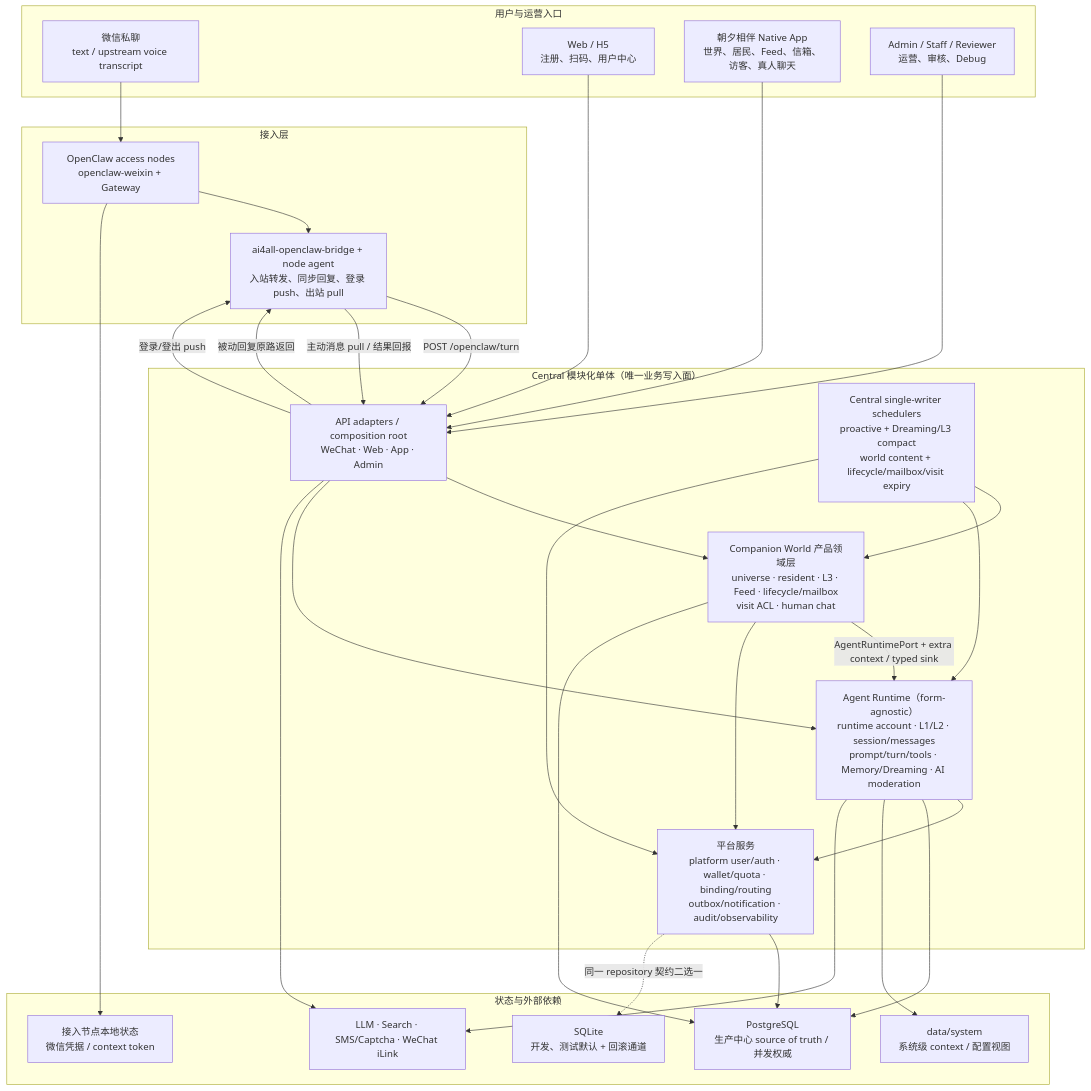
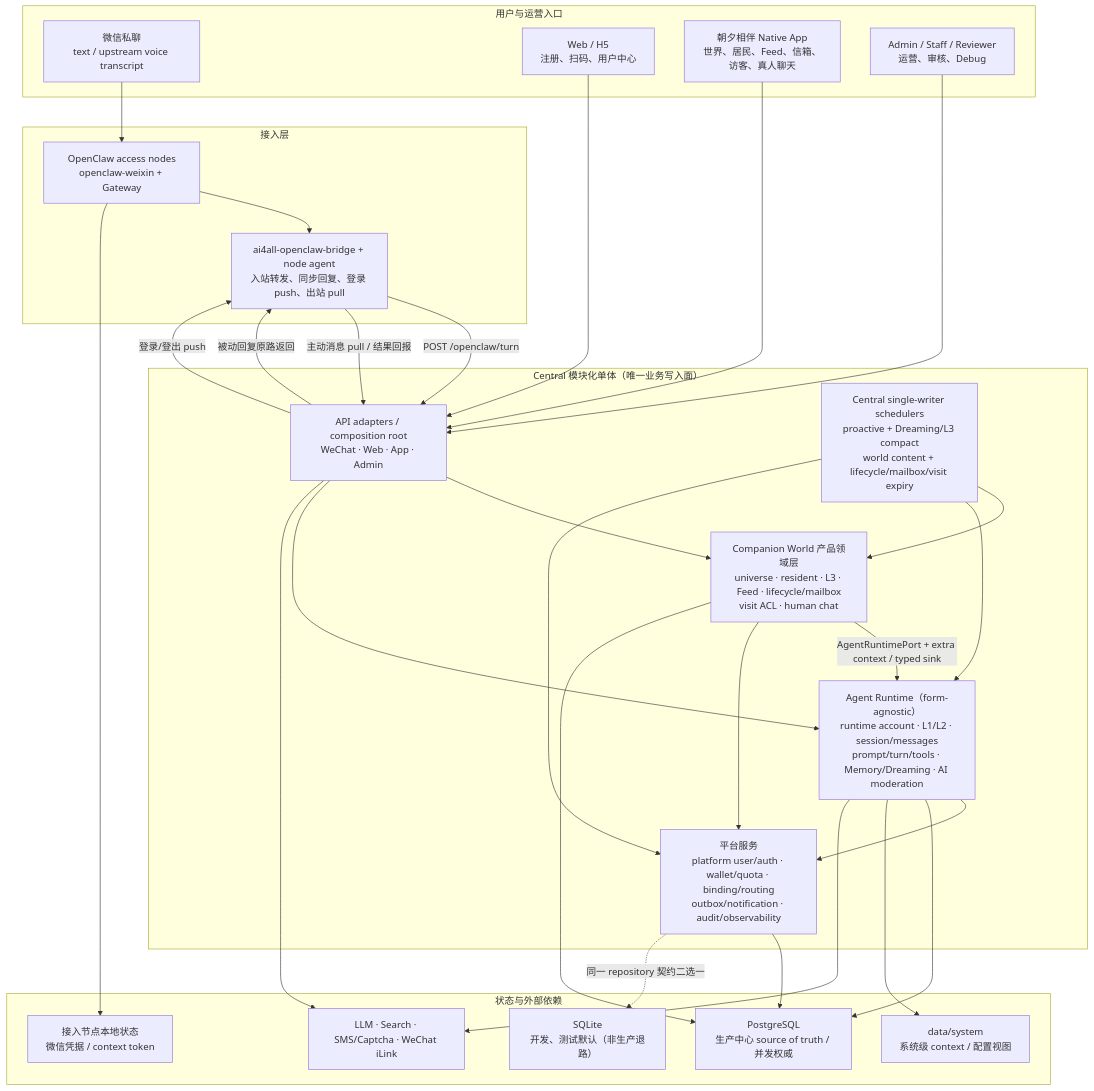
The diagram in docs/architecture/overview.md (zhuoranwu15-create/ai4all_bridge), drawn with Mermaid before and after one commit. The commit also changed 5 other files, not shown here.

````diff
--- a/docs/architecture/overview.md
+++ b/docs/architecture/overview.md
@@ -31,57 +31,57 @@
 ```mermaid
 flowchart TB
     subgraph clients["用户与运营入口"]
         wx["微信私聊<br/>text / upstream voice transcript"]
         web["Web / H5<br/>注册、扫码、用户中心"]
         native["朝夕相伴 Native App<br/>世界、居民、Feed、信箱、访客、真人聊天"]
         ops["Admin / Staff / Reviewer<br/>运营、审核、Debug"]
     end
 
     subgraph access["接入层"]
         openclaw["OpenClaw access nodes<br/>openclaw-weixin + Gateway"]
         bridge["ai4all-openclaw-bridge + node agent<br/>入站转发、同步回复、登录 push、出站 pull"]
     end
 
     subgraph central["Central 模块化单体（唯一业务写入面）"]
         api["API adapters / composition root<br/>WeChat · Web · App · Admin"]
         world["Companion World 产品领域层<br/>universe · resident · L3 · Feed · lifecycle/mailbox<br/>visit ACL · human chat"]
         runtime["Agent Runtime（form-agnostic）<br/>runtime account · L1/L2 · session/messages<br/>prompt/turn/tools · Memory/Dreaming · AI moderation"]
         platform["平台服务<br/>platform user/auth · wallet/quota · binding/routing<br/>outbox/notification · audit/observability"]
         schedulers["Central single-writer schedulers<br/>proactive + Dreaming/L3 compact<br/>world content + lifecycle/mailbox/visit expiry"]
 
         api --> world
         api --> runtime
         world -->|"AgentRuntimePort + extra context / typed sink"| runtime
         world --> platform
         runtime --> platform
         schedulers --> world
         schedulers --> runtime
         schedulers --> platform
     end
 
     subgraph state["状态与外部依赖"]
         pg["PostgreSQL<br/>生产中心 source of truth / 并发权威"]
-        sqlite["SQLite<br/>开发、测试默认 + 回滚通道"]
+        sqlite["SQLite<br/>开发、测试默认（非生产退路）"]
         systemFiles["data/system<br/>系统级 context / 配置视图"]
         channelState["接入节点本地状态<br/>微信凭据 / context token"]
         providers["LLM · Search · SMS/Captcha · WeChat iLink"]
     end
 
     wx --> openclaw --> bridge
     bridge -->|"POST /openclaw/turn"| api
     api -->|"被动回复原路返回"| bridge
     web --> api
     native --> api
     ops --> api
     api -->|"登录/登出 push"| bridge
     bridge -->|"主动消息 pull / 结果回报"| api
 
     platform --> pg
     world --> pg
     runtime --> pg
     platform -.->|"同一 repository 契约二选一"| sqlite
     runtime --> systemFiles
     openclaw --> channelState
     api --> providers
     runtime --> providers
 ```
````
